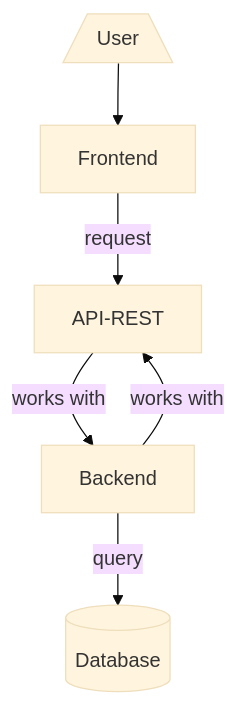
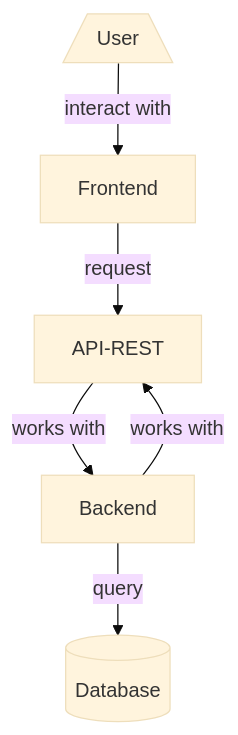
Before and after one commit to NKAmazing/thepoetsinn: the diagram in INFO.md, drawn with Mermaid (base theme). The commit also changed other lines of this file, not shown here.

Commit message:
#10 Frontend terminado

````diff
--- a/INFO.md
+++ b/INFO.md
@@ -14,12 +14,12 @@
 ```mermaid
 flowchart TD
 User[/User\]
 Frontend[Frontend]
 Backend[Backend]
 Database[(Database)]
-User --> Frontend
+User -- interact with --> Frontend
 Frontend -- request --> API-REST
 API-REST -- works with --> Backend
 Backend -- works with --> API-REST
 Backend -- query --> Database
 ```
````
